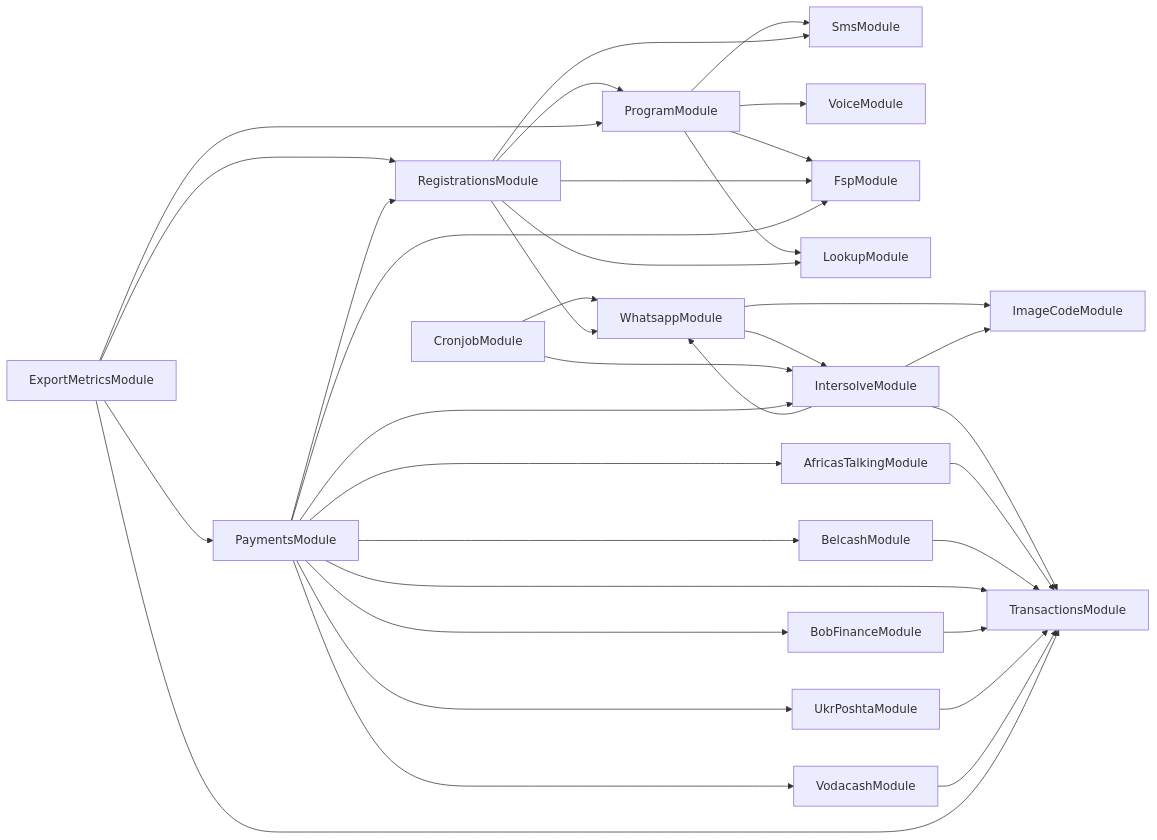
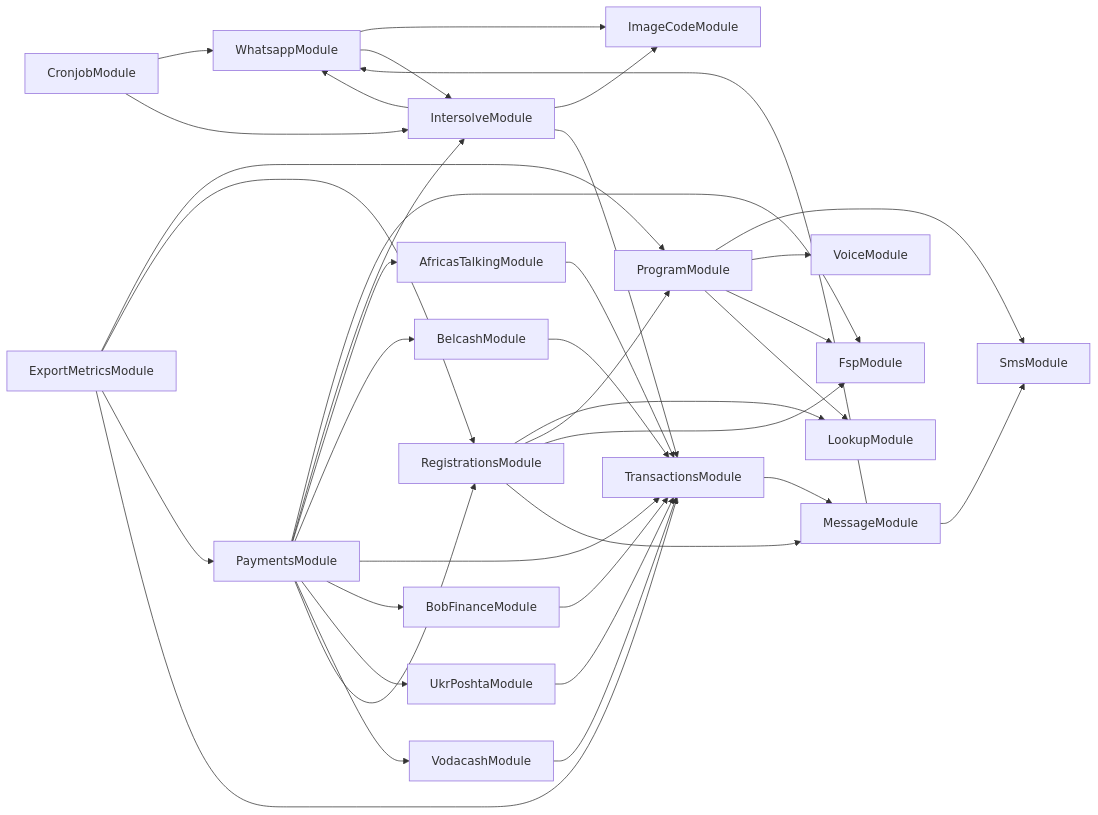
The diagram in services/121-service/module-dependencies.md (global-121/121-platform), drawn with Mermaid before and after one commit. The commit also changed 9 other files, not shown here.

````diff
--- a/services/121-service/module-dependencies.md
+++ b/services/121-service/module-dependencies.md
@@ -3,37 +3,39 @@
 ```mermaid
 graph LR
   ProgramModule-->SmsModule
   ProgramModule-->VoiceModule
   ProgramModule-->FspModule
   ProgramModule-->LookupModule
   CronjobModule-->WhatsappModule
   WhatsappModule-->ImageCodeModule
   WhatsappModule-->IntersolveModule
   IntersolveModule-->ImageCodeModule
   IntersolveModule-->TransactionsModule
+  TransactionsModule-->MessageModule
+  MessageModule-->WhatsappModule
+  MessageModule-->SmsModule
   IntersolveModule-->WhatsappModule
   CronjobModule-->IntersolveModule
   RegistrationsModule-->LookupModule
-  RegistrationsModule-->SmsModule
   RegistrationsModule-->ProgramModule
   RegistrationsModule-->FspModule
-  RegistrationsModule-->WhatsappModule
+  RegistrationsModule-->MessageModule
   ExportMetricsModule-->ProgramModule
   ExportMetricsModule-->RegistrationsModule
   ExportMetricsModule-->PaymentsModule
   PaymentsModule-->FspModule
   PaymentsModule-->IntersolveModule
   PaymentsModule-->AfricasTalkingModule
   AfricasTalkingModule-->TransactionsModule
   PaymentsModule-->BelcashModule
   BelcashModule-->TransactionsModule
   PaymentsModule-->TransactionsModule
   PaymentsModule-->BobFinanceModule
   BobFinanceModule-->TransactionsModule
   PaymentsModule-->UkrPoshtaModule
   UkrPoshtaModule-->TransactionsModule
   PaymentsModule-->VodacashModule
   VodacashModule-->TransactionsModule
   PaymentsModule-->RegistrationsModule
   ExportMetricsModule-->TransactionsModule
 ```
````
